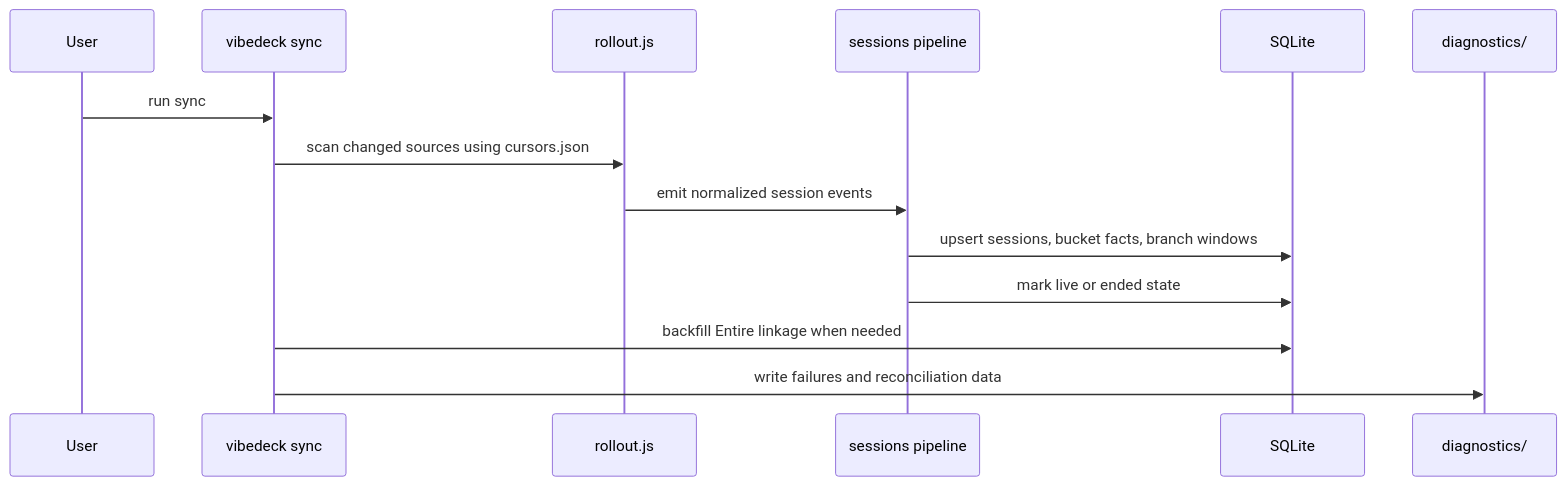
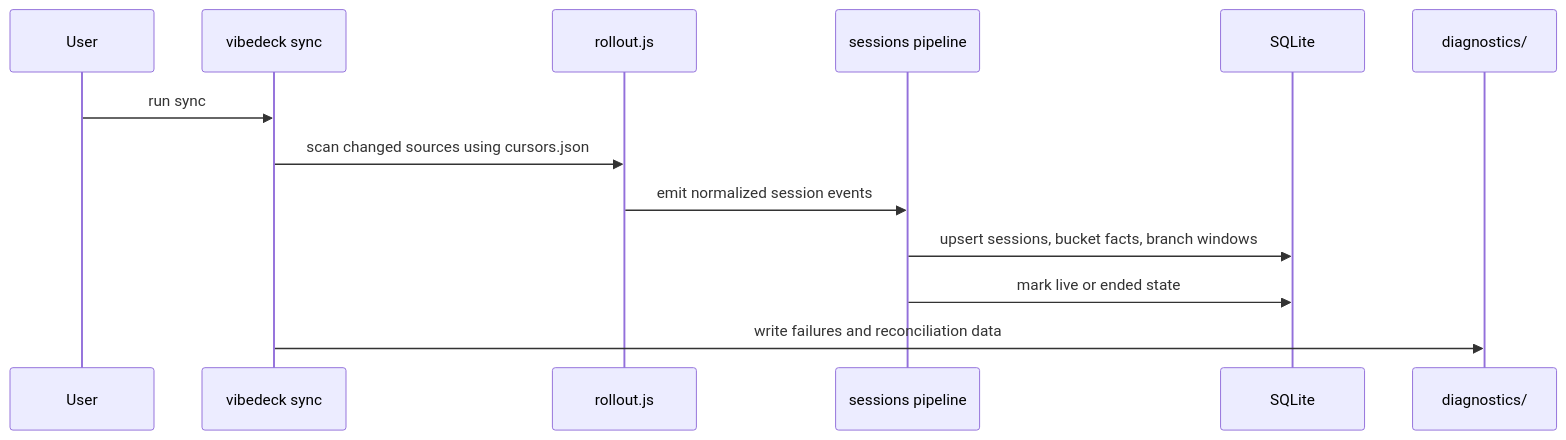
Before and after one commit to ivasuy/VibeDeck: the fifth of 11 diagrams in docs/ARCHITECTURE.md, drawn with Mermaid. The commit also changed other lines of this file and 50 other files, not shown here.

````diff
--- a/docs/ARCHITECTURE.md
+++ b/docs/ARCHITECTURE.md
@@ -228,17 +216,16 @@
 ```mermaid
 sequenceDiagram
   participant User
   participant CLI as vibedeck sync
   participant Parsers as rollout.js
   participant Sessions as sessions pipeline
   participant DB as SQLite
   participant Diagnostics as diagnostics/
 
   User->>CLI: run sync
   CLI->>Parsers: scan changed sources using cursors.json
   Parsers->>Sessions: emit normalized session events
   Sessions->>DB: upsert sessions, bucket facts, branch windows
   Sessions->>DB: mark live or ended state
-  CLI->>DB: backfill Entire linkage when needed
   CLI->>Diagnostics: write failures and reconciliation data
 ```
````
